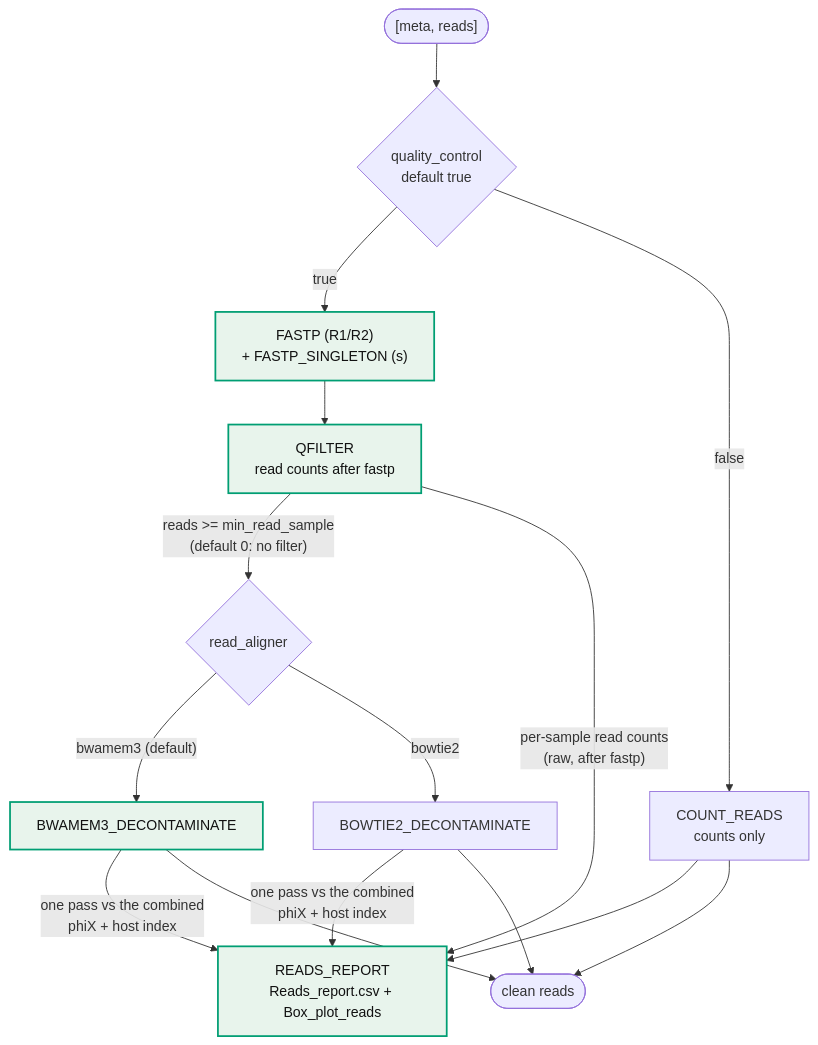
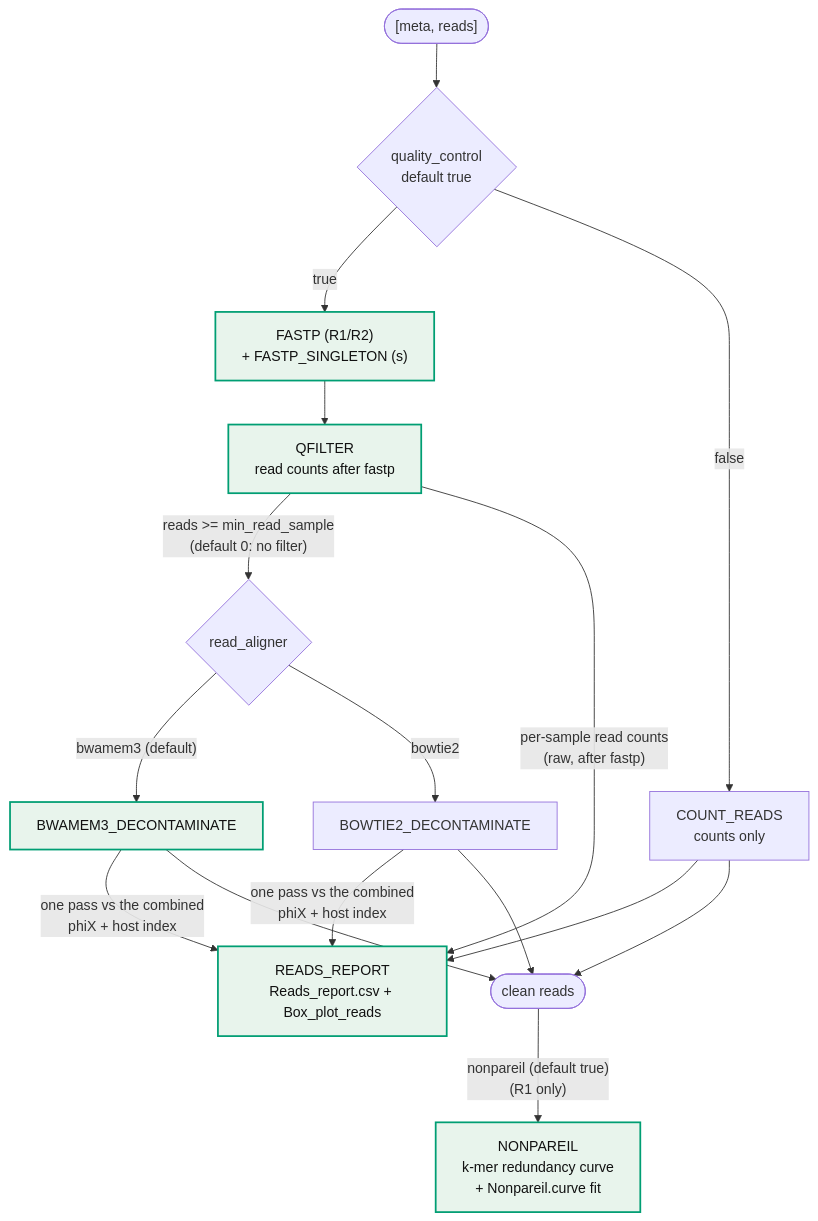
The fourth of 13 diagrams in docs/WORKFLOW_DIAGRAM.md (gene2dis/BugBuster), drawn with Mermaid before and after one commit. The commit also changed other lines of this file and 6 other files, not shown here.

````diff
--- a/docs/WORKFLOW_DIAGRAM.md
+++ b/docs/WORKFLOW_DIAGRAM.md
@@ -196,17 +199,18 @@
 ```mermaid
 flowchart TD
     Reads(["[meta, reads]"]) --> Q{quality_control<br/>default true}
     Q -->|true| FASTP["FASTP (R1/R2)<br/>+ FASTP_SINGLETON (s)"]
     FASTP --> QFILTER["QFILTER<br/>read counts after fastp"]
     QFILTER -->|"reads >= min_read_sample<br/>(default 0: no filter)"| Decon{read_aligner}
     Decon -->|"bwamem3 (default)"| BWAMEM3_DECONTAMINATE
     Decon -->|bowtie2| BOWTIE2_DECONTAMINATE
     BWAMEM3_DECONTAMINATE & BOWTIE2_DECONTAMINATE -->|"one pass vs the combined<br/>phiX + host index"| READS_REPORT
     QFILTER -->|"per-sample read counts<br/>(raw, after fastp)"| READS_REPORT
     Q -->|false| COUNT_READS["COUNT_READS<br/>counts only"]
     COUNT_READS --> READS_REPORT["READS_REPORT<br/>Reads_report.csv + Box_plot_reads"]
     BWAMEM3_DECONTAMINATE & BOWTIE2_DECONTAMINATE & COUNT_READS --> Clean(["clean reads"])
+    Clean -->|"nonpareil (default true)<br/>(R1 only)"| NONPAREIL["NONPAREIL<br/>k-mer redundancy curve<br/>+ Nonpareil.curve fit"]
 
     classDef on fill:#E8F4EC,stroke:#009E73,stroke-width:2px,color:#111
-    class FASTP,QFILTER,BWAMEM3_DECONTAMINATE,READS_REPORT on
+    class FASTP,QFILTER,BWAMEM3_DECONTAMINATE,READS_REPORT,NONPAREIL on
 ```
````
